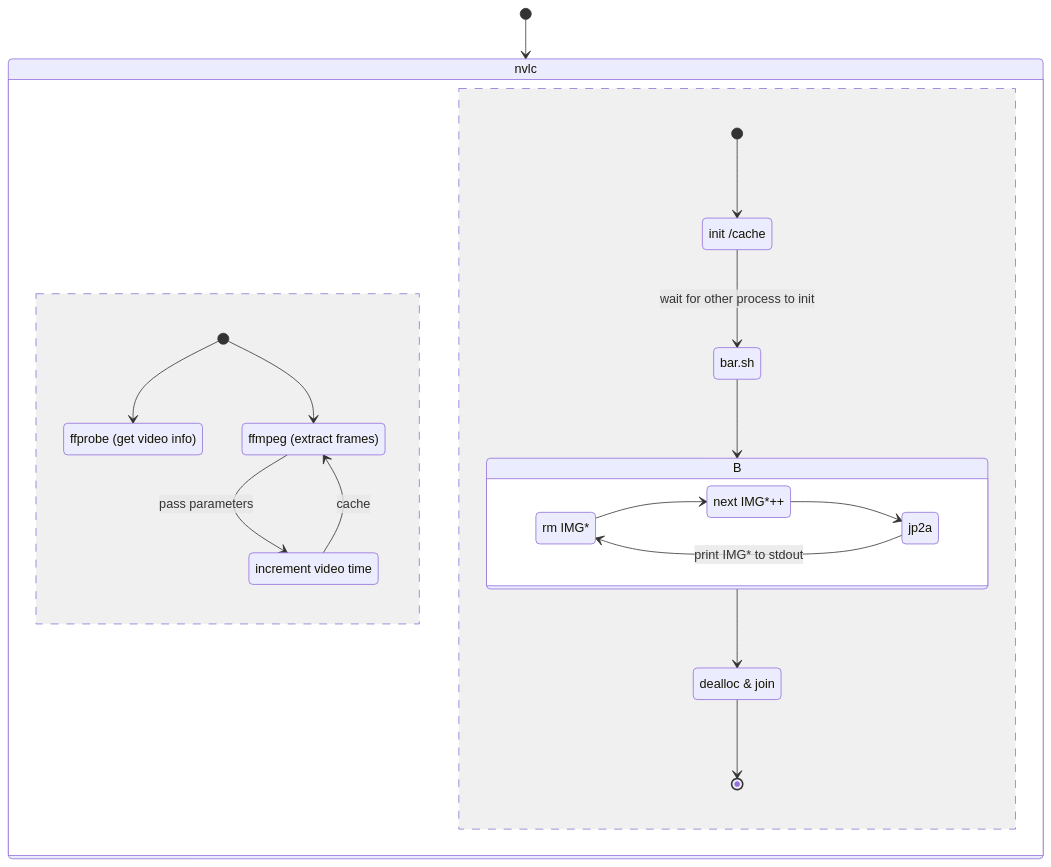
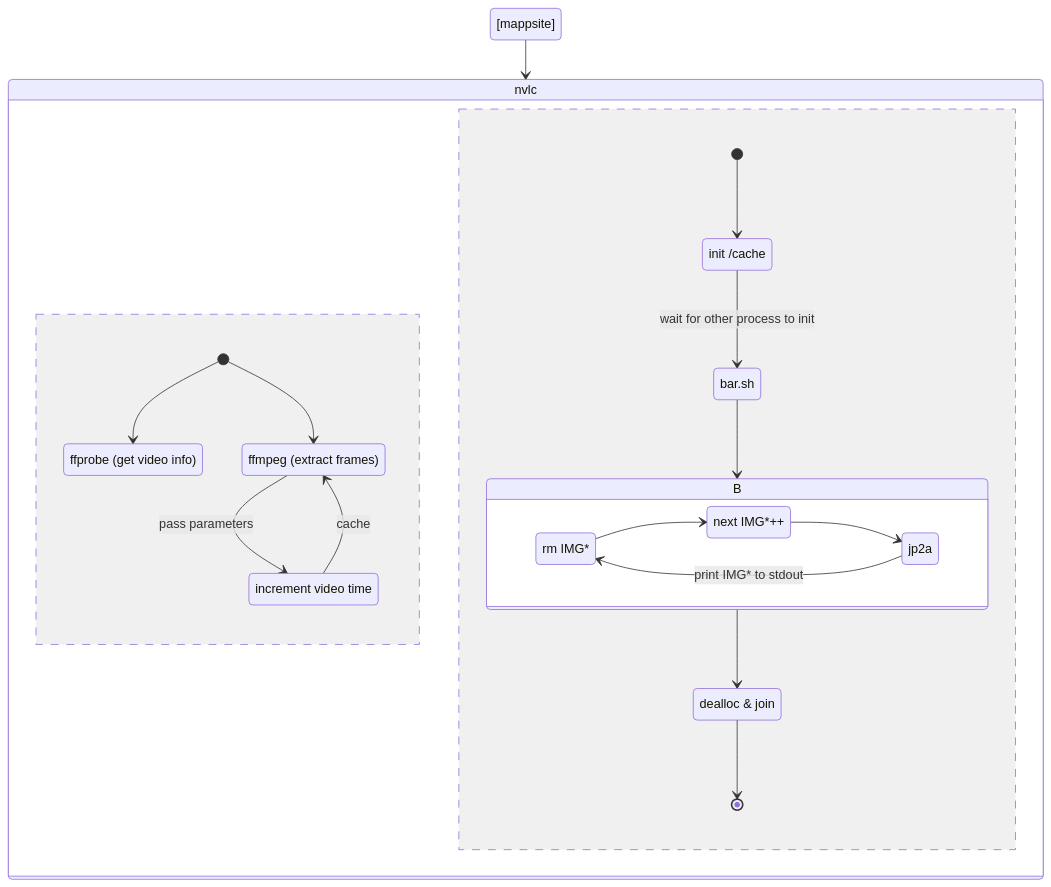
Before and after one commit to durryx/mappsite: the diagram in README.md, drawn with Mermaid.

Commit message:
document flow control for development

````diff
--- a/README.md
+++ b/README.md
@@ -16,29 +16,29 @@
 ```mermaid
 stateDiagram-v2
-    [*] --> nvlc
+    [mappsite] --> nvlc
     state nvlc {
 				 data: ffprobe (get video info)
 				 ffmpeg: ffmpeg (extract frames)
 				 time: increment video time
        	[*] --> data
 				[*] --> ffmpeg
         ffmpeg --> time : pass parameters
         time --> ffmpeg : cache
         --
 				init: init /cache
 				join: dealloc & join
 				state B {
       	direction LR
 				del: rm IMG*
 				next: next IMG*++
       	jp2a --> del : print IMG* to stdout
 				del --> next
 				next --> jp2a
     		}
         [*] --> init
 				init --> bar.sh : wait for other process to init
 				bar.sh --> B
 				B --> join
 				join --> [*]
     }
 ```
````
